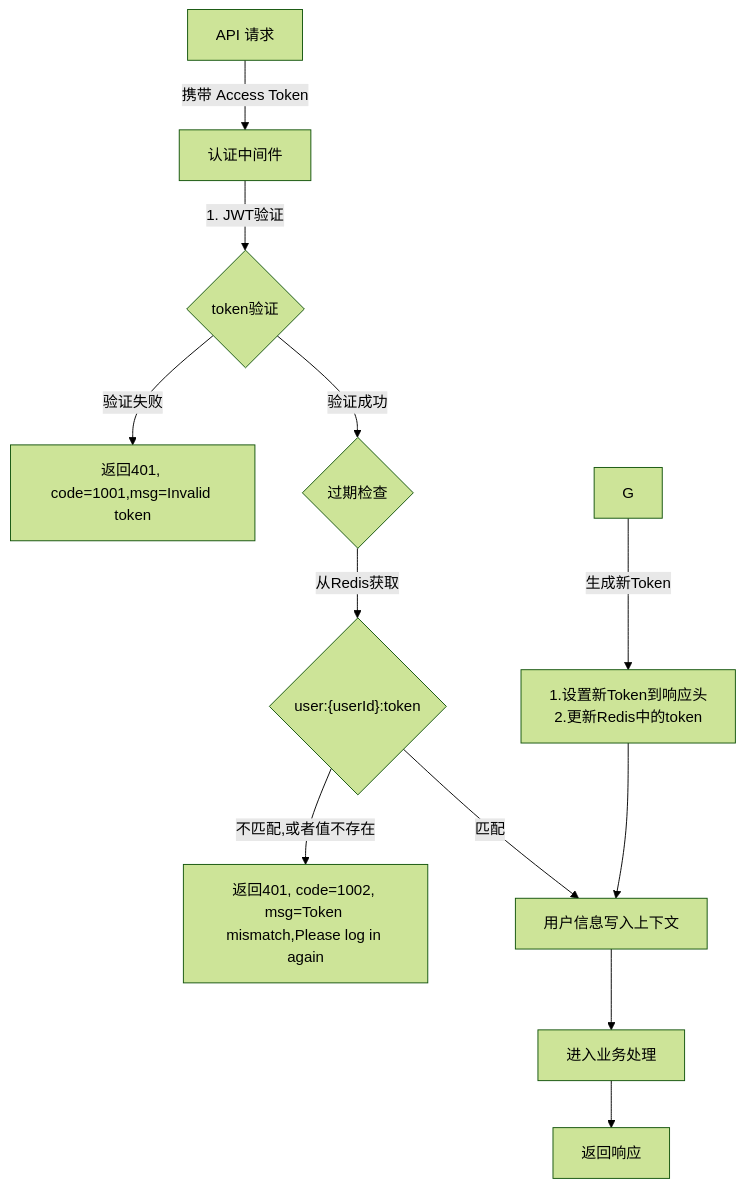
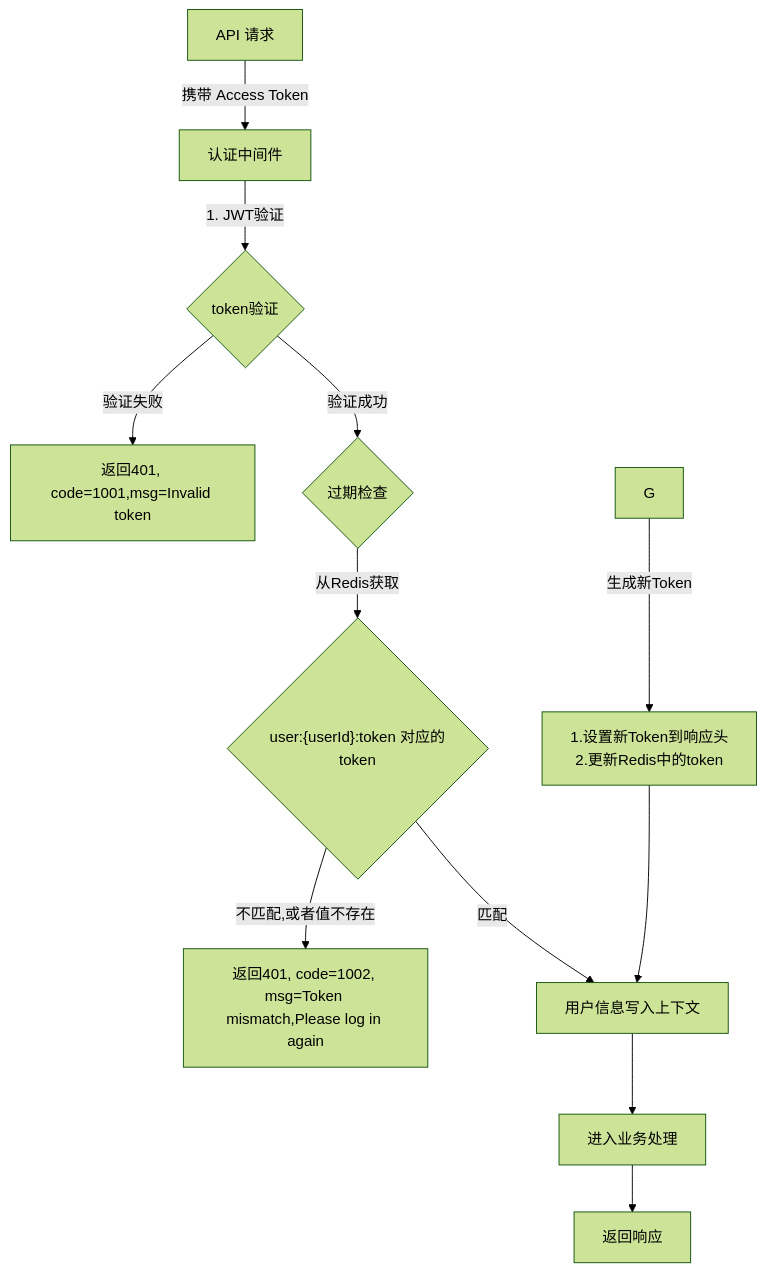
Before and after one commit to yingjianzh/iodraw-files: the diagram in all/未命名-16.md, drawn with Mermaid (forest theme).

Commit message:
2025-01-08 14:53:37 update

````diff
--- a/all/未命名-16.md
+++ b/all/未命名-16.md
@@ -1,19 +1,19 @@
 ```mermaid
 
 flowchart TD
     A[API 请求] -->|携带 Access Token| B[认证中间件]
     B -->|1. JWT验证| C{token验证}
     C -->|验证失败| D[返回401, code=1001,msg=Invalid token]
     C -->|验证成功| F{过期检查}
     
-    F -->|从Redis获取| I{"user:{userId}:token" }
+    F -->|从Redis获取| I{"user:{userId}:token" 对应的token}
     I -->|不匹配,或者值不存在| J[返回401, code=1002, msg=Token mismatch,Please log in again]
     I -->|匹配| K[用户信息写入上下文]
     K --> L[进入业务处理]
     L --> N[返回响应]
     
     G -->|生成新Token| M["1.设置新Token到响应头
     2.更新Redis中的token"]
     M --> K
 
 ```
````
